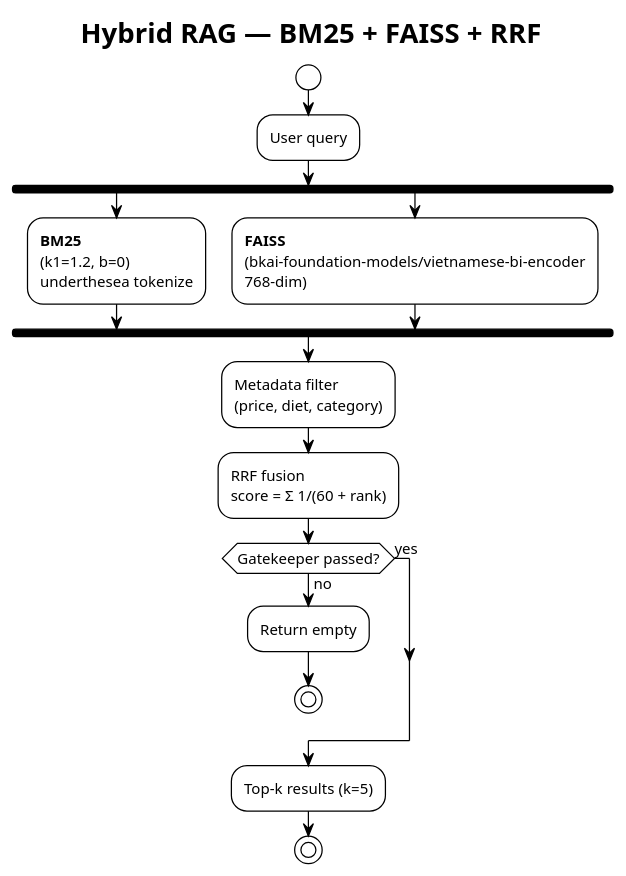
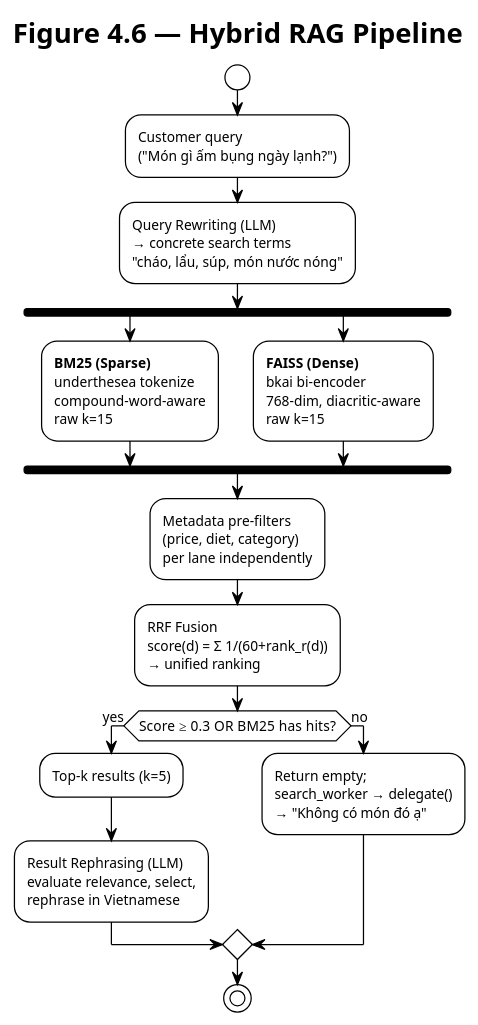
Before and after one commit to ThinhQuocLe007/AIWaiter: the fifth of 10 diagrams in docs/thesis/diagram.md, drawn with PlantUML. The commit also changed other lines of this file and 6 other files, not shown here.

````diff
--- a/docs/thesis/diagram.md
+++ b/docs/thesis/diagram.md
@@ -529,33 +911,34 @@
 ```plantuml
 @startuml
 !theme plain
 skinparam backgroundColor #FFFFFF
-skinparam defaultFontSize 12
+skinparam defaultFontSize 11
 
-title Hybrid RAG — BM25 + FAISS + RRF
+title Figure 4.6 — Hybrid RAG Pipeline
 
 start
-:User query;
+:Customer query\n("Món gì ấm bụng ngày lạnh?");
+
+:Query Rewriting (LLM)\n→ concrete search terms\n"cháo, lẩu, súp, món nước nóng";
 
 fork
-  :**BM25**\n(k1=1.2, b=0)\nunderthesea tokenize;
+  :**BM25 (Sparse)**\nunderthesea tokenize\ncompound-word-aware\nraw k=15;
 fork again
-  :**FAISS**\n(bkai-foundation-models/vietnamese-bi-encoder\n768-dim);
+  :**FAISS (Dense)**\nbkai bi-encoder\n768-dim, diacritic-aware\nraw k=15;
 end fork
 
-:Metadata filter\n(price, diet, category);
+:Metadata pre-filters\n(price, diet, category)\nper lane independently;
 
-:RRF fusion\nscore = Σ 1/(60 + rank);
+:RRF Fusion\nscore(d) = Σ 1/(60+rank_r(d))\n→ unified ranking;
 
-if (Gatekeeper passed?) then (no)
-  :Return empty;
-  stop
-else (yes)
+if (Score ≥ 0.3 OR BM25 has hits?) then (yes)
+  :Top-k results (k=5);
+  :Result Rephrasing (LLM)\nevaluate relevance, select,\nrephrase in Vietnamese;
+else (no)
+  :Return empty;\nsearch_worker → delegate()\n→ "Không có món đó ạ";
 endif
-
-:Top-k results (k=5);
 
 stop
 
 @enduml
 ```
````
